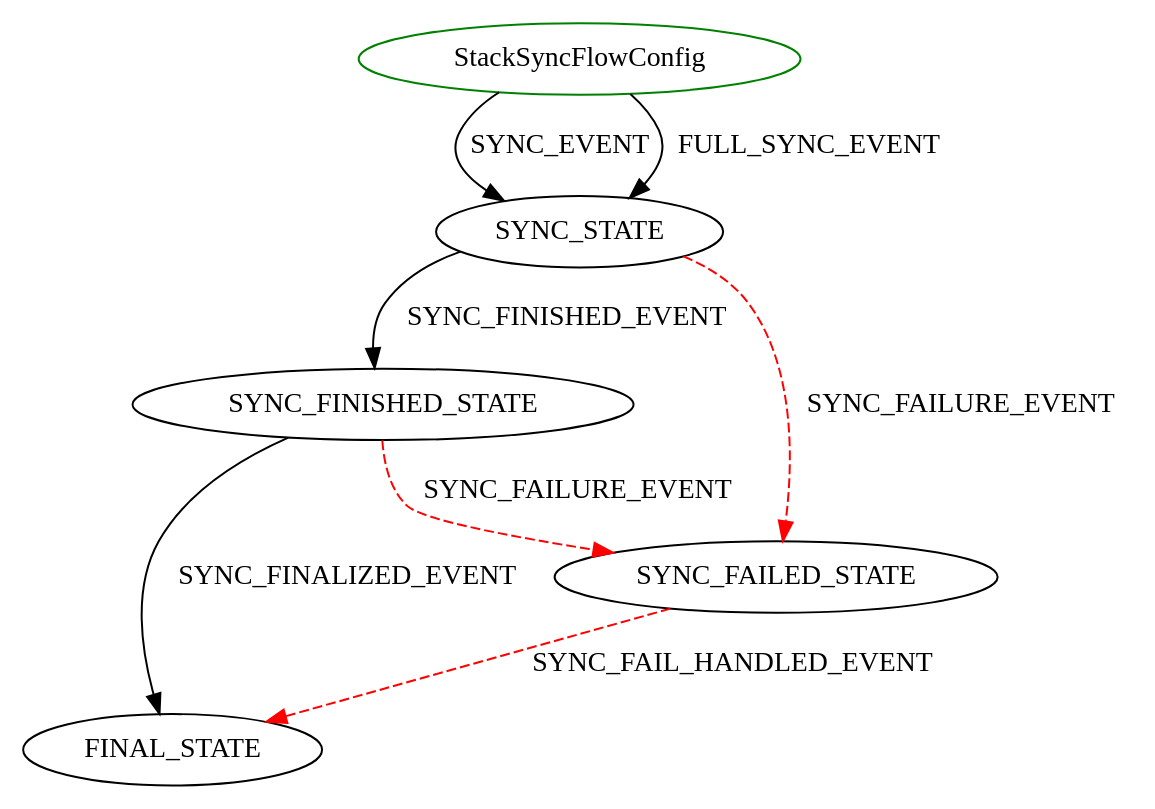
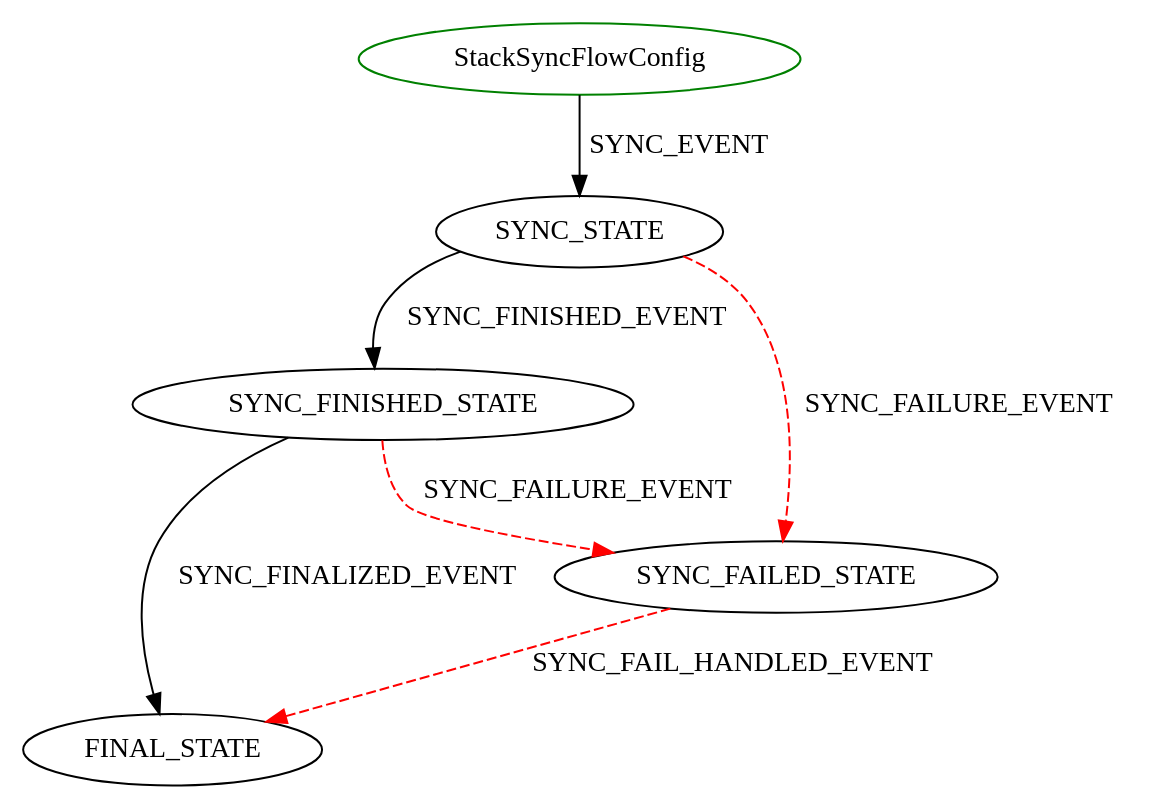
The diagram in latest/diagrams/StackSyncFlowConfig.dot (hortonworks/cloudbreak-docs), drawn with Graphviz before and after one commit. The commit also changed 49 other files, not shown here.

```diff
--- a/latest/diagrams/StackSyncFlowConfig.dot
+++ b/latest/diagrams/StackSyncFlowConfig.dot
@@ -1,10 +1,9 @@
 digraph {
 INIT_STATE [label="StackSyncFlowConfig" shape=ellipse color=green];
 INIT_STATE -> SYNC_STATE [label="SYNC_EVENT" color=black style=solid];
-INIT_STATE -> SYNC_STATE [label="FULL_SYNC_EVENT" color=black style=solid];
 SYNC_STATE -> SYNC_FINISHED_STATE [label="SYNC_FINISHED_EVENT" color=black style=solid];
 SYNC_STATE -> SYNC_FAILED_STATE [label="SYNC_FAILURE_EVENT" color=red style=dashed];
 SYNC_FAILED_STATE -> FINAL_STATE [label="SYNC_FAIL_HANDLED_EVENT" color=red style=dashed];
 SYNC_FINISHED_STATE -> FINAL_STATE [label="SYNC_FINALIZED_EVENT" color=black style=solid];
 SYNC_FINISHED_STATE -> SYNC_FAILED_STATE [label="SYNC_FAILURE_EVENT" color=red style=dashed];
 }
```
